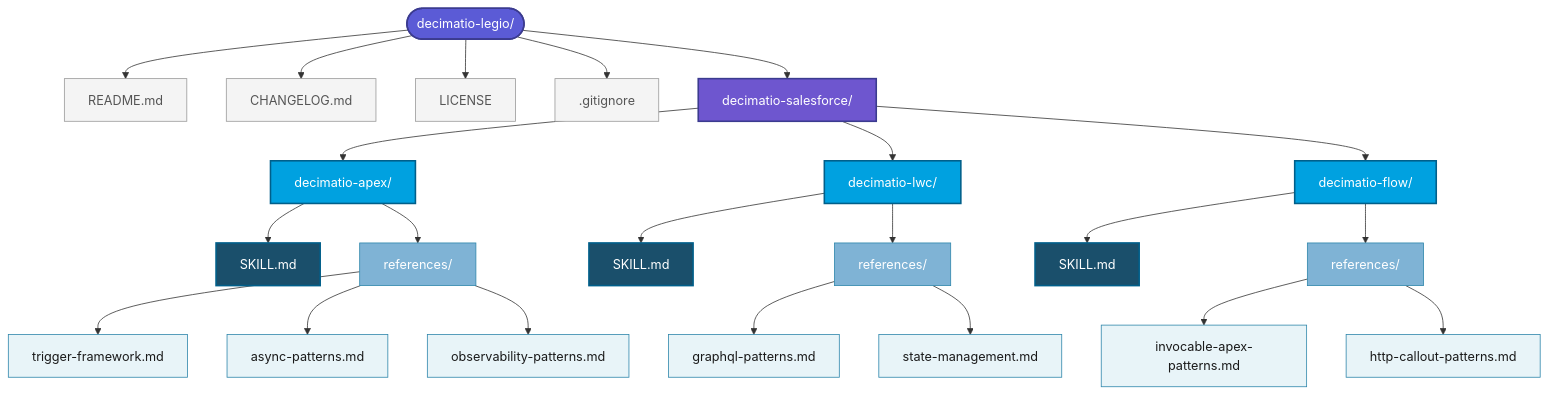
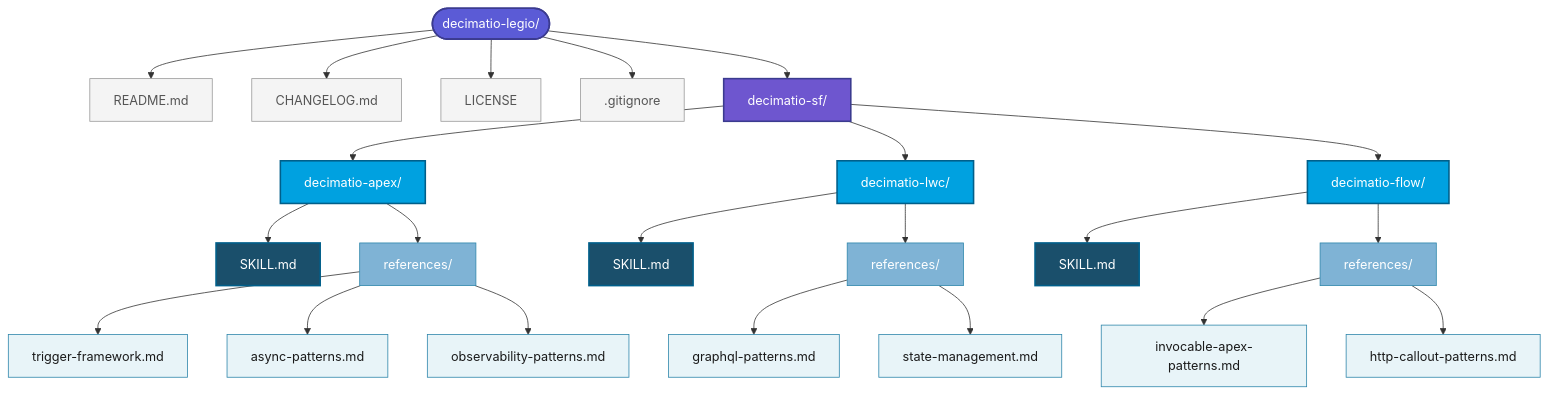
The first of 3 diagrams in README.md (Dyarchia/dyarchia-salesforce), drawn with Mermaid before and after one commit. The commit also changed other lines of this file and 11 other files, not shown here.

First line of the commit message:
refactor(repo): rename Salesforce domain folder to decimatio-sf

````diff
--- a/README.md
+++ b/README.md
@@ -29,45 +29,45 @@
 ```mermaid
 graph TD
     Root([decimatio-legio/])
     Root --> README[README.md]
     Root --> Changelog[CHANGELOG.md]
     Root --> License[LICENSE]
     Root --> Gitignore[.gitignore]
-    Root --> SF[decimatio-salesforce/]
+    Root --> SF[decimatio-sf/]
 
     SF --> Apex[decimatio-apex/]
     SF --> LWC[decimatio-lwc/]
     SF --> Flow[decimatio-flow/]
 
     Apex --> ApexSkill[SKILL.md]
     Apex --> ApexRefs[references/]
     ApexRefs --> R1[trigger-framework.md]
     ApexRefs --> R2[async-patterns.md]
     ApexRefs --> R3[observability-patterns.md]
 
     LWC --> LWCSkill[SKILL.md]
     LWC --> LWCRefs[references/]
     LWCRefs --> R4[graphql-patterns.md]
     LWCRefs --> R5[state-management.md]
 
     Flow --> FlowSkill[SKILL.md]
     Flow --> FlowRefs[references/]
     FlowRefs --> R6[invocable-apex-patterns.md]
     FlowRefs --> R7[http-callout-patterns.md]
 
     classDef root fill:#5B5BD6,stroke:#3B3B8F,color:#fff,stroke-width:2px
     classDef domainFolder fill:#6E56CF,stroke:#3B3B8F,color:#fff,stroke-width:2px
     classDef skillFolder fill:#00A1E0,stroke:#005F8A,color:#fff,stroke-width:2px
     classDef skillFile fill:#1a4f6b,stroke:#005F8A,color:#fff,stroke-width:2px
     classDef refsFolder fill:#7FB3D5,stroke:#2E86AB,color:#fff
     classDef refFile fill:#E8F4F8,stroke:#2E86AB,color:#1a1a1a
     classDef meta fill:#F4F4F4,stroke:#999,color:#555
 
     class Root root
     class SF domainFolder
     class Apex,LWC,Flow skillFolder
     class ApexSkill,LWCSkill,FlowSkill skillFile
     class ApexRefs,LWCRefs,FlowRefs refsFolder
     class R1,R2,R3,R4,R5,R6,R7 refFile
     class README,Changelog,License,Gitignore meta
 ```
````
